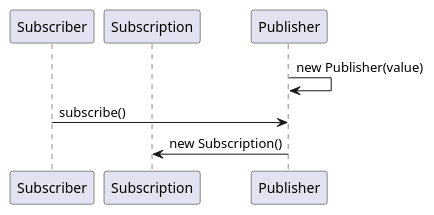
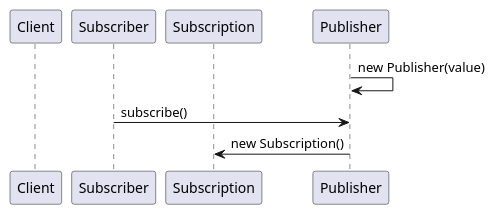
The diagram in _diary/2024-06-18.md (yanghoon/obsidian-workspace), drawn with PlantUML before and after one commit.

Commit message:
vault backup: 2024-06-19 00:00:40

````diff
--- a/_diary/2024-06-18.md
+++ b/_diary/2024-06-18.md
@@ -3,13 +3,14 @@
 ```plantuml
 @startuml
 
+participant Client as Client
 participant Subscriber as Subr
 participant Subscription as Sub
 participant Publisher as Pub
 
 Pub -> Pub: new Publisher(value)
 Subr -> Pub: subscribe()
 Pub -> Sub: new Subscription()
 
 @enduml
 ```
````
